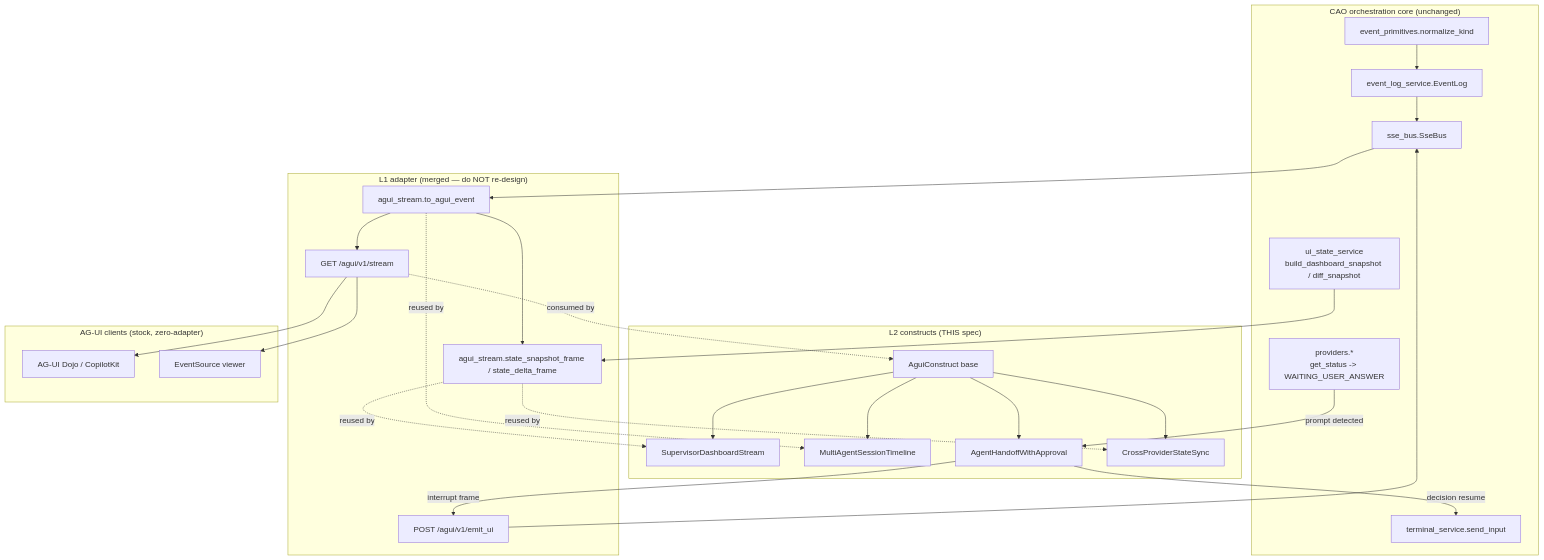
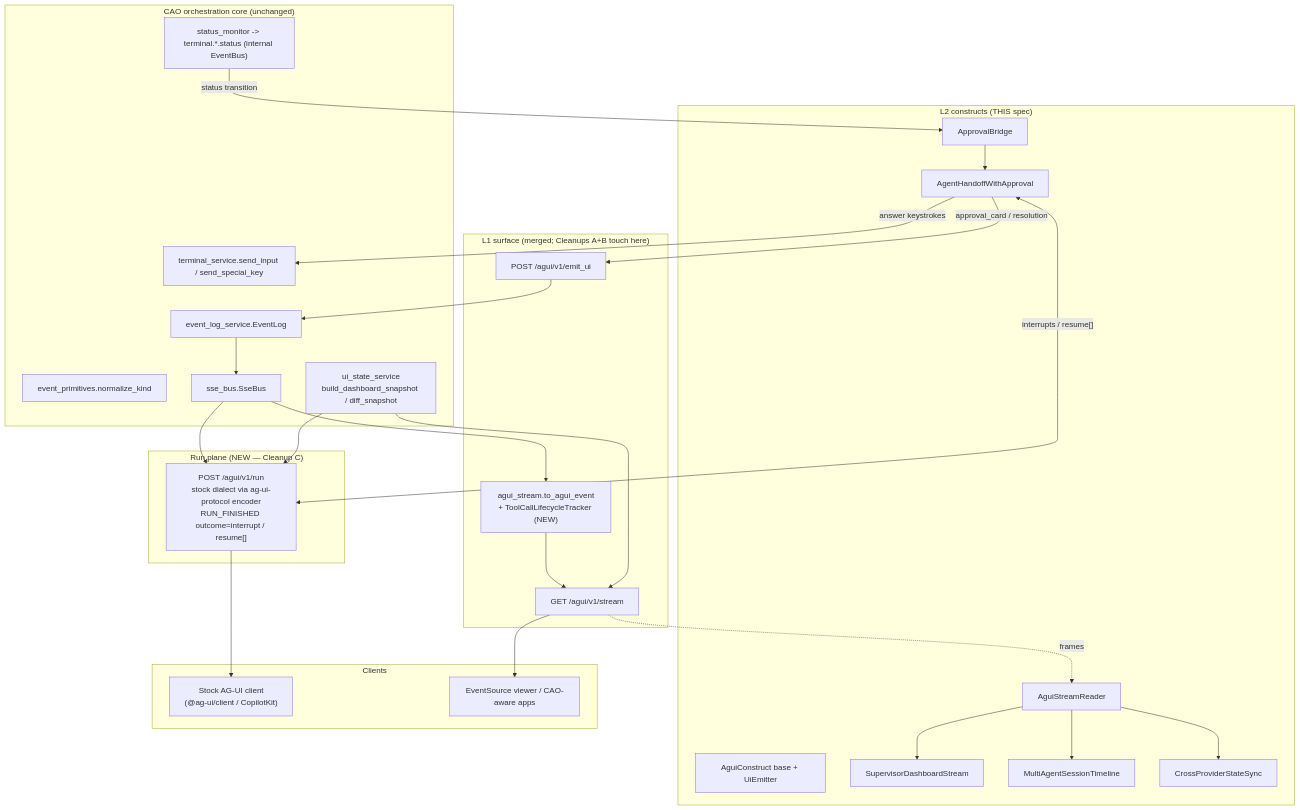
One commit to plauzy/cli-agent-orchestrator changed the first of 2 diagrams in .kiro/specs/agui-l2-constructs/design.md. Above: the diagram before and after it, drawn with Mermaid. The commit also changed other lines of this file and 3 other files, not shown here.

````diff
--- a/.kiro/specs/agui-l2-constructs/design.md
+++ b/.kiro/specs/agui-l2-constructs/design.md
@@ -74,47 +136,49 @@
 ```mermaid
 graph TD
     subgraph Core["CAO orchestration core (unchanged)"]
         EP[event_primitives.normalize_kind]
         EL[event_log_service.EventLog]
         BUS[sse_bus.SseBus]
         US[ui_state_service<br/>build_dashboard_snapshot / diff_snapshot]
-        TS[terminal_service.send_input]
-        PROV[providers.*<br/>get_status -> WAITING_USER_ANSWER]
+        TS["terminal_service.send_input / send_special_key"]
+        SM["status_monitor -> terminal.*.status (internal EventBus)"]
     end
 
-    subgraph L1["L1 adapter (merged — do NOT re-design)"]
-        MAP[agui_stream.to_agui_event]
-        SNAP[agui_stream.state_snapshot_frame / state_delta_frame]
+    subgraph L1["L1 surface (merged; Cleanups A+B touch here)"]
+        MAP["agui_stream.to_agui_event<br/>+ ToolCallLifecycleTracker (NEW)"]
         STREAM[GET /agui/v1/stream]
         EMIT[POST /agui/v1/emit_ui]
     end
 
+    subgraph RUNPLANE["Run plane (NEW — Cleanup C)"]
+        RUN["POST /agui/v1/run<br/>stock dialect via ag-ui-protocol encoder<br/>RUN_FINISHED outcome=interrupt / resume[]"]
+    end
+
     subgraph L2["L2 constructs (THIS spec)"]
-        BASE[AguiConstruct base]
+        READER[AguiStreamReader]
+        BASE[AguiConstruct base + UiEmitter]
         SUP[SupervisorDashboardStream]
         TL[MultiAgentSessionTimeline]
         APPR[AgentHandoffWithApproval]
         SYNC[CrossProviderStateSync]
+        BRIDGE[ApprovalBridge]
     end
 
-    subgraph Clients["AG-UI clients (stock, zero-adapter)"]
-        DOJO[AG-UI Dojo / CopilotKit]
-        VIEW[EventSource viewer]
+    subgraph Clients
+        DOJO["Stock AG-UI client<br/>(@ag-ui/client / CopilotKit)"]
+        VIEW[EventSource viewer / CAO-aware apps]
     end
 
-    EP --> EL --> BUS
-    US --> SNAP
-    BUS --> MAP --> STREAM
-    EMIT --> BUS
-    MAP --> SNAP
-
-    BASE --> SUP & TL & APPR & SYNC
-    STREAM -. consumed by .-> BASE
-    SNAP -. reused by .-> SUP & SYNC
-    MAP -. reused by .-> TL
-    APPR -->|decision resume| TS
-    PROV -->|prompt detected| APPR
-    APPR -->|interrupt frame| EMIT
-
-    STREAM --> DOJO & VIEW
+    EL --> BUS --> MAP --> STREAM
+    US --> STREAM
+    EMIT --> EL
+    STREAM --> VIEW
+    STREAM -. frames .-> READER --> SUP & TL & SYNC
+    SM -->|status transition| BRIDGE --> APPR
+    APPR -->|approval_card / resolution| EMIT
+    APPR -->|answer keystrokes| TS
+    BUS --> RUN
+    US --> RUN
+    APPR <-->|"interrupts / resume[]"| RUN
+    RUN --> DOJO
 ```
````
